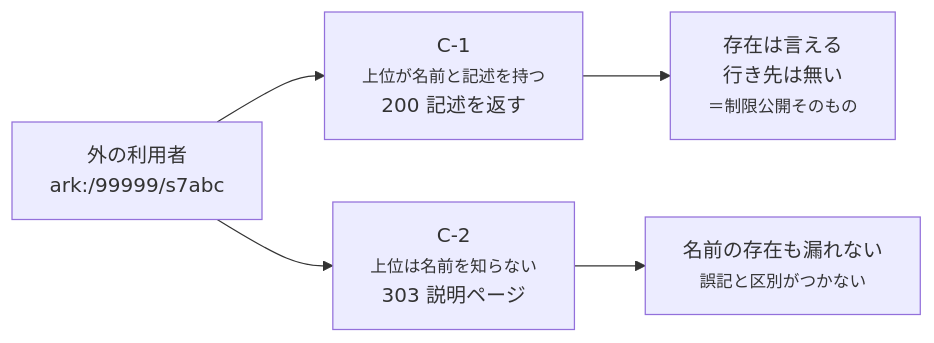
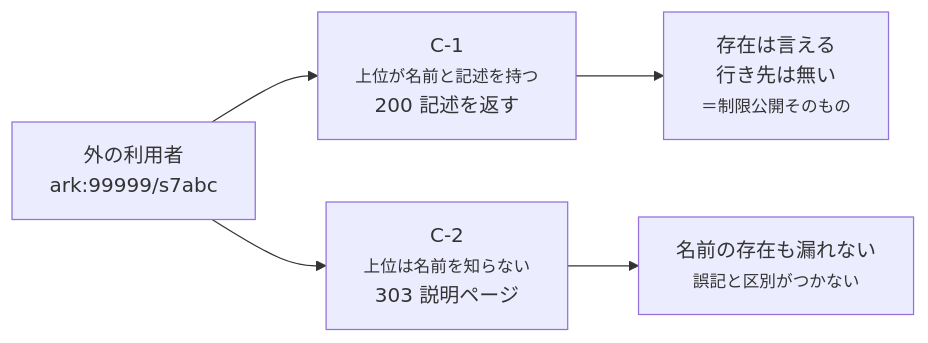
Before and after one commit to RCOSDP/arkhe: the tenth of 14 diagrams in docs/guides/federation.ja.md, drawn with Mermaid. The commit also changed other lines of this file and 75 other files, not shown here.

````diff
--- a/docs/guides/federation.ja.md
+++ b/docs/guides/federation.ja.md
@@ -293,7 +294,7 @@
 ```mermaid
 flowchart LR
-    U["外の利用者<br/>ark:/99999/s7abc"] --> C1["C-1<br/><small>上位が名前と記述を持つ</small><br/>200 記述を返す"]
+    U["外の利用者<br/>ark:99999/s7abc"] --> C1["C-1<br/><small>上位が名前と記述を持つ</small><br/>200 記述を返す"]
     U --> C2["C-2<br/><small>上位は名前を知らない</small><br/>303 説明ページ"]
     C1 --> R1["存在は言える<br/>行き先は無い<br/><small>＝制限公開そのもの</small>"]
     C2 --> R2["名前の存在も漏れない<br/><small>誤記と区別がつかない</small>"]
 ```
````
